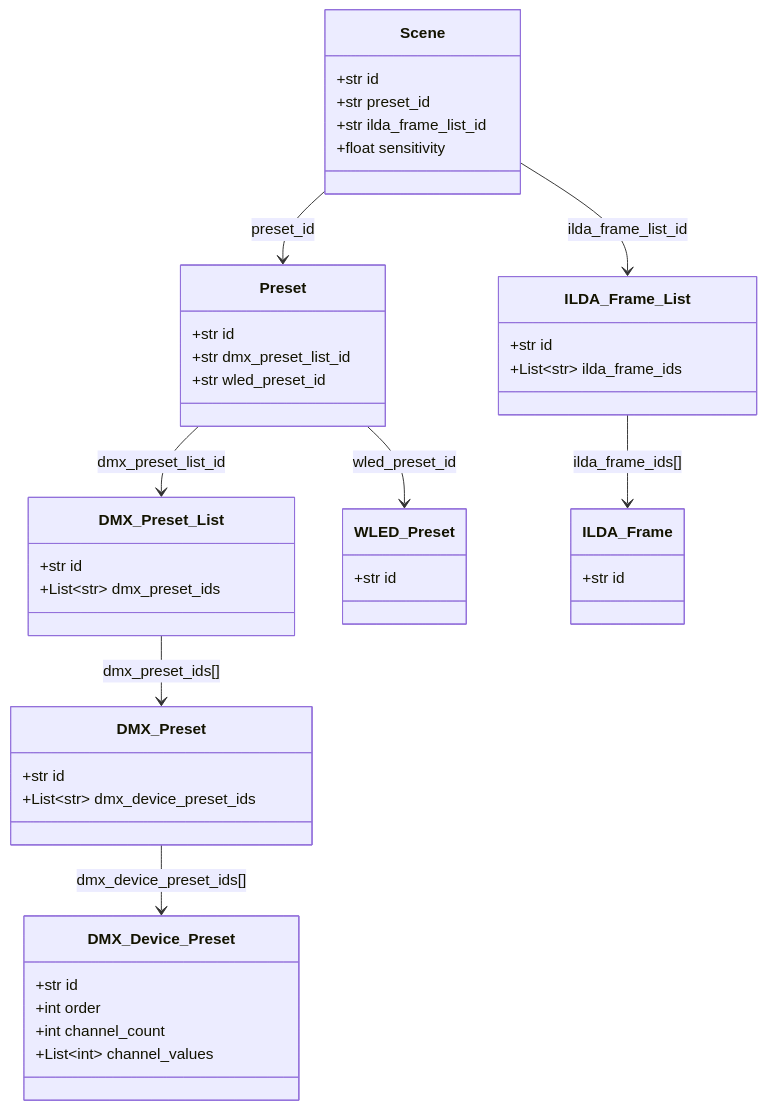
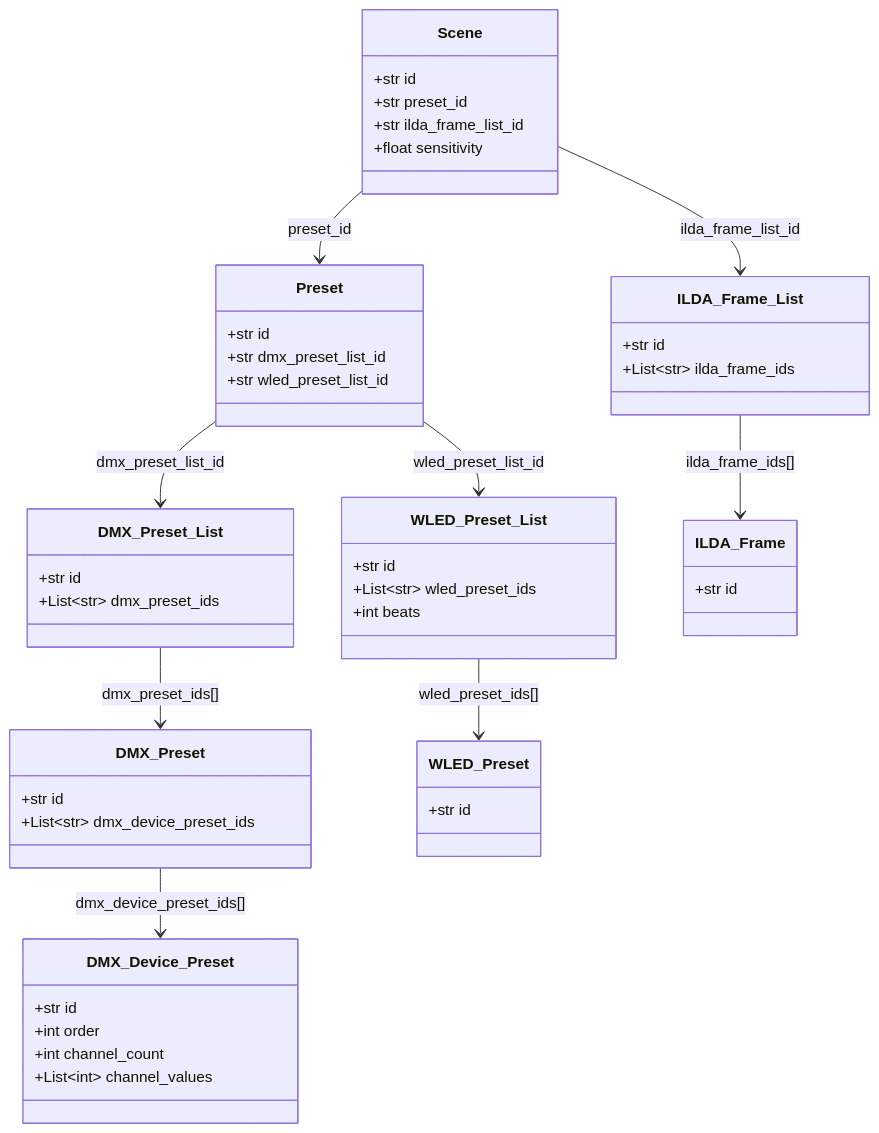
Before and after one commit to glane339/lightsappnew: the second of 10 diagrams in docs/architecture.md, drawn with Mermaid. The commit also changed other lines of this file and 26 other files, not shown here.

Commit message:
Major architectural bug fix. WLED_Preset_List now in preset instead of wled_preset (mistake earlier). Updated storage routes, and testing for storage. Updated documentaiton.

````diff
--- a/docs/architecture.md
+++ b/docs/architecture.md
@@ -110,46 +123,52 @@
 ```mermaid
 classDiagram
     class Scene {
         +str id
         +str preset_id
         +str ilda_frame_list_id
         +float sensitivity
     }
     class Preset {
         +str id
         +str dmx_preset_list_id
-        +str wled_preset_id
+        +str wled_preset_list_id
     }
     class DMX_Preset_List {
         +str id
         +List~str~ dmx_preset_ids
     }
     class DMX_Preset {
         +str id
         +List~str~ dmx_device_preset_ids
     }
     class DMX_Device_Preset {
         +str id
         +int order
         +int channel_count
         +List~int~ channel_values
     }
+    class WLED_Preset_List {
+        +str id
+        +List~str~ wled_preset_ids
+        +int beats
+    }
     class WLED_Preset {
         +str id
     }
     class ILDA_Frame_List {
         +str id
         +List~str~ ilda_frame_ids
     }
     class ILDA_Frame {
         +str id
     }
 
     Scene --> Preset : preset_id
     Scene --> ILDA_Frame_List : ilda_frame_list_id
     Preset --> DMX_Preset_List : dmx_preset_list_id
-    Preset --> WLED_Preset : wled_preset_id
+    Preset --> WLED_Preset_List : wled_preset_list_id
     DMX_Preset_List --> DMX_Preset : dmx_preset_ids[]
     DMX_Preset --> DMX_Device_Preset : dmx_device_preset_ids[]
+    WLED_Preset_List --> WLED_Preset : wled_preset_ids[]
     ILDA_Frame_List --> ILDA_Frame : ilda_frame_ids[]
 ```
````
